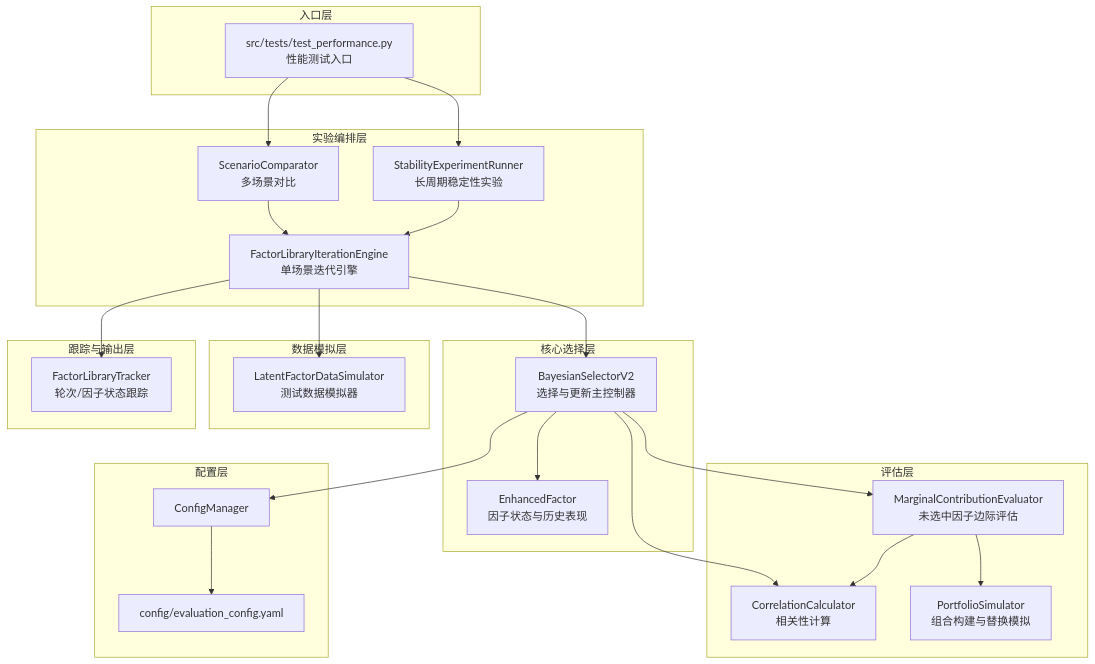
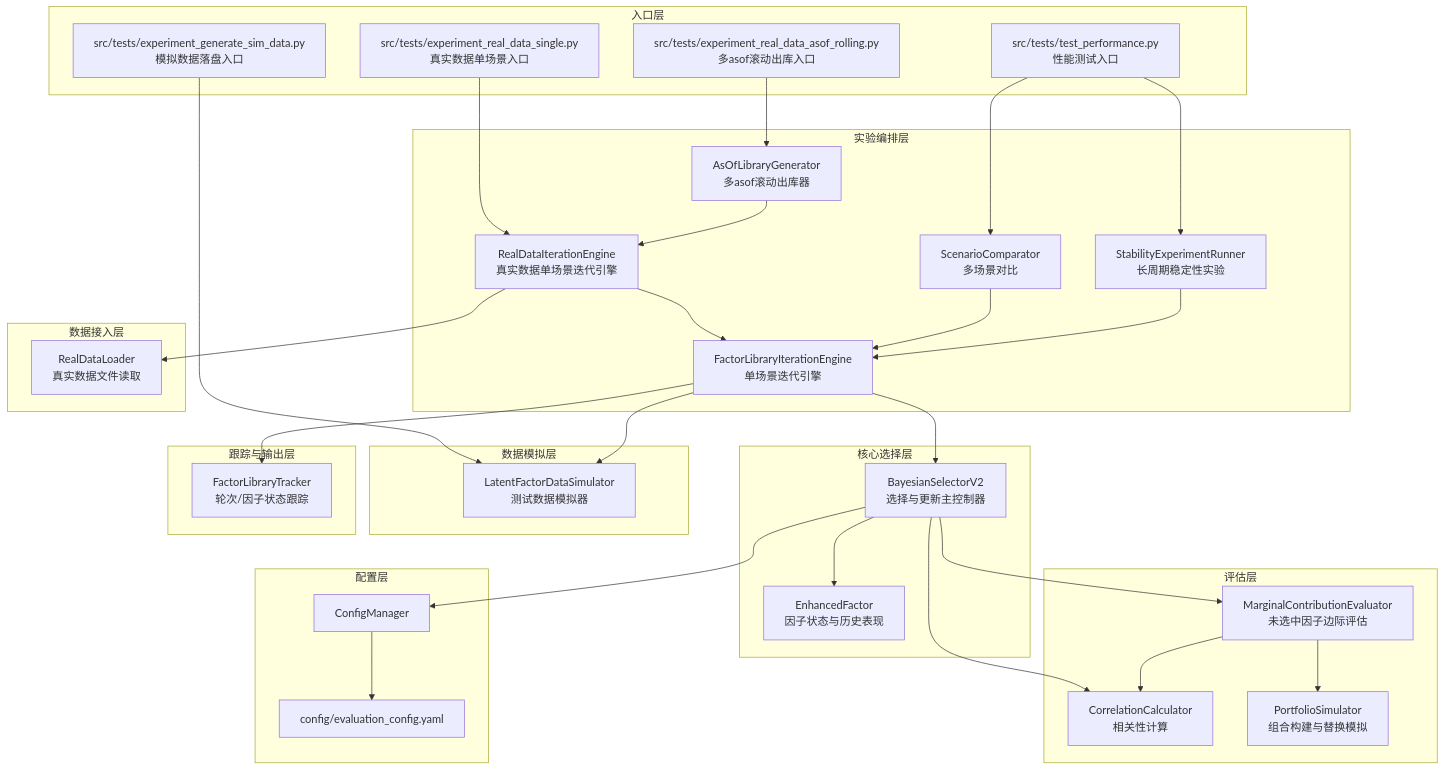
Before and after one commit to babyfish0618/bayesian_factor_library: the diagram in docs/CODE_ARCHITECTURE.md, drawn with Mermaid. The commit also changed other lines of this file and 237 other files, not shown here.

````diff
--- a/docs/CODE_ARCHITECTURE.md
+++ b/docs/CODE_ARCHITECTURE.md
@@ -8,51 +8,66 @@
 ```mermaid
 graph TB
     subgraph 入口层
         A[src/tests/test_performance.py<br/>性能测试入口]
+        A2[src/tests/experiment_generate_sim_data.py<br/>模拟数据落盘入口]
+        A3[src/tests/experiment_real_data_single.py<br/>真实数据单场景入口]
+        A4[src/tests/experiment_real_data_asof_rolling.py<br/>多asof滚动出库入口]
     end
 
     subgraph 实验编排层
         K[ScenarioComparator<br/>多场景对比]
         M[StabilityExperimentRunner<br/>长周期稳定性实验]
         L[FactorLibraryIterationEngine<br/>单场景迭代引擎]
+        L2[RealDataIterationEngine<br/>真实数据单场景迭代引擎]
+        L3[AsOfLibraryGenerator<br/>多asof滚动出库器]
     end
 
     subgraph 核心选择层
         B[BayesianSelectorV2<br/>选择与更新主控制器]
         C[EnhancedFactor<br/>因子状态与历史表现]
     end
 
     subgraph 评估层
         D[CorrelationCalculator<br/>相关性计算]
         E[PortfolioSimulator<br/>组合构建与替换模拟]
         F[MarginalContributionEvaluator<br/>未选中因子边际评估]
     end
 
     subgraph 数据模拟层
         J[LatentFactorDataSimulator<br/>测试数据模拟器]
     end
 
+    subgraph 数据接入层
+        R[RealDataLoader<br/>真实数据文件读取]
+    end
+
     subgraph 跟踪与输出层
         G[FactorLibraryTracker<br/>轮次/因子状态跟踪]
     end
 
     subgraph 配置层
         H[ConfigManager]
         I[config/evaluation_config.yaml]
     end
 
     A --> K
     A --> M
+    A2 --> J
+    A3 --> L2
+    A4 --> L3
+    L2 --> R
+    L2 --> L
+    L3 --> L2
     K --> L
     M --> L
     L --> B
     L --> G
     L --> J
     B --> C
     B --> D
     B --> F
     B --> H
     F --> D
     F --> E
     H --> I
 ```
````
